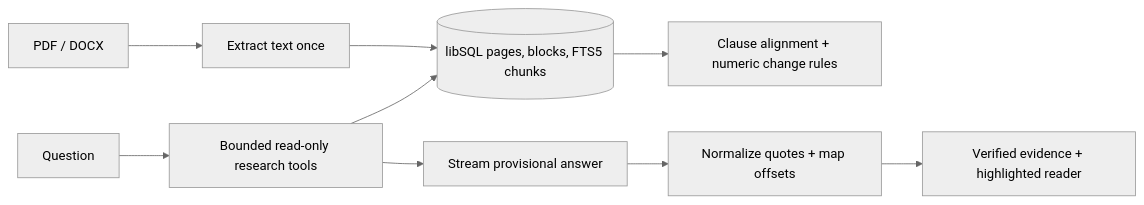
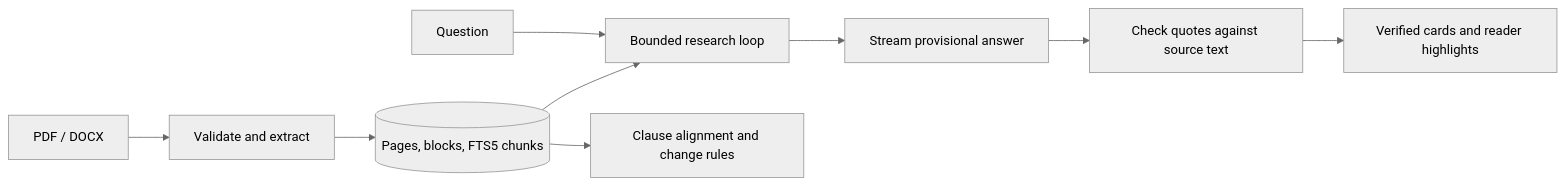
One commit to 9059Rohith/margin-contract-research changed the diagram in README.md. Above: the diagram before and after it, drawn with Mermaid (neutral theme). The commit also changed other lines of this file and 3 other files, not shown here.

````diff
--- a/README.md
+++ b/README.md
@@ -45,11 +55,11 @@
 ```mermaid
 flowchart LR
-  File[PDF / DOCX] --> Extract[Extract text once]
-  Extract --> SQLite[(libSQL pages, blocks, FTS5 chunks)]
-  Question --> Agent[Bounded read-only research tools]
-  Agent --> SQLite
-  Agent --> Draft[Stream provisional answer]
-  Draft --> Verify[Normalize quotes + map offsets]
-  Verify --> Reader[Verified evidence + highlighted reader]
-  SQLite --> Compare[Clause alignment + numeric change rules]
+  A[PDF / DOCX] --> B[Validate and extract]
+  B --> C[(Pages, blocks, FTS5 chunks)]
+  Q[Question] --> D[Bounded research loop]
+  C --> D
+  D --> E[Stream provisional answer]
+  E --> F[Check quotes against source text]
+  F --> G[Verified cards and reader highlights]
+  C --> H[Clause alignment and change rules]
 ```
````
